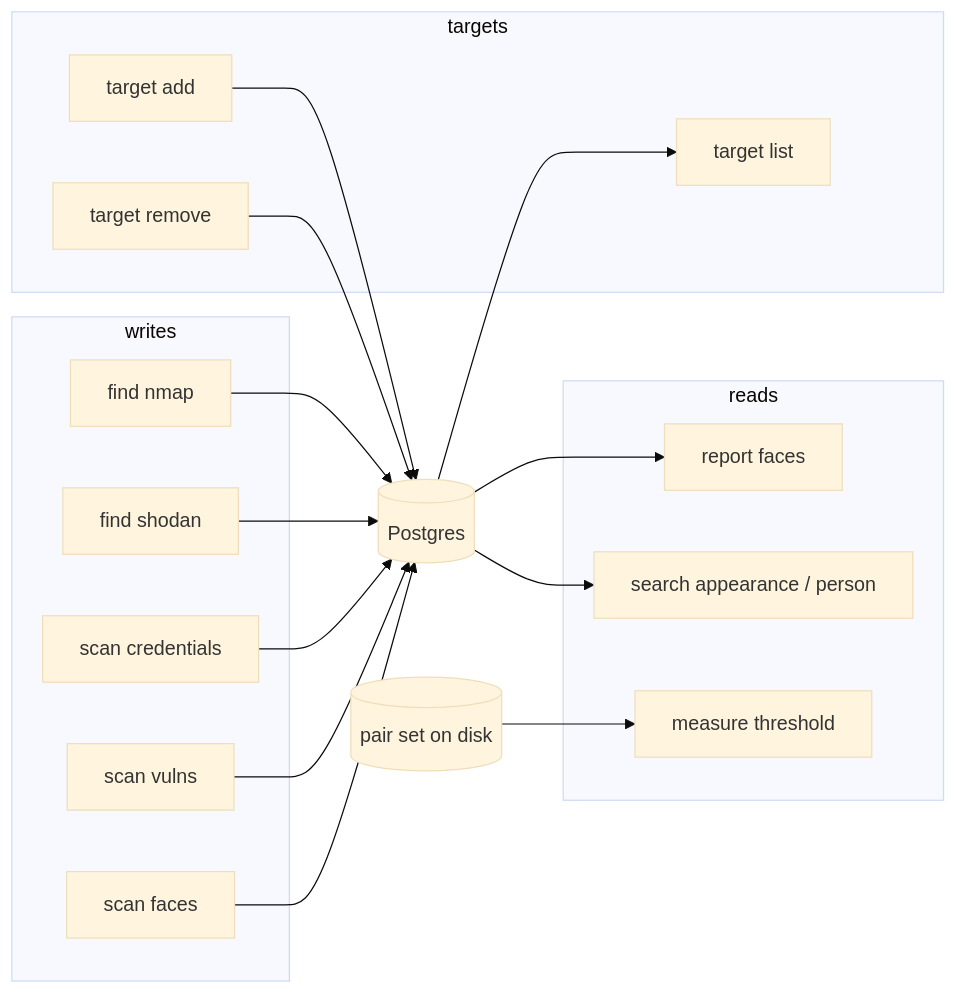
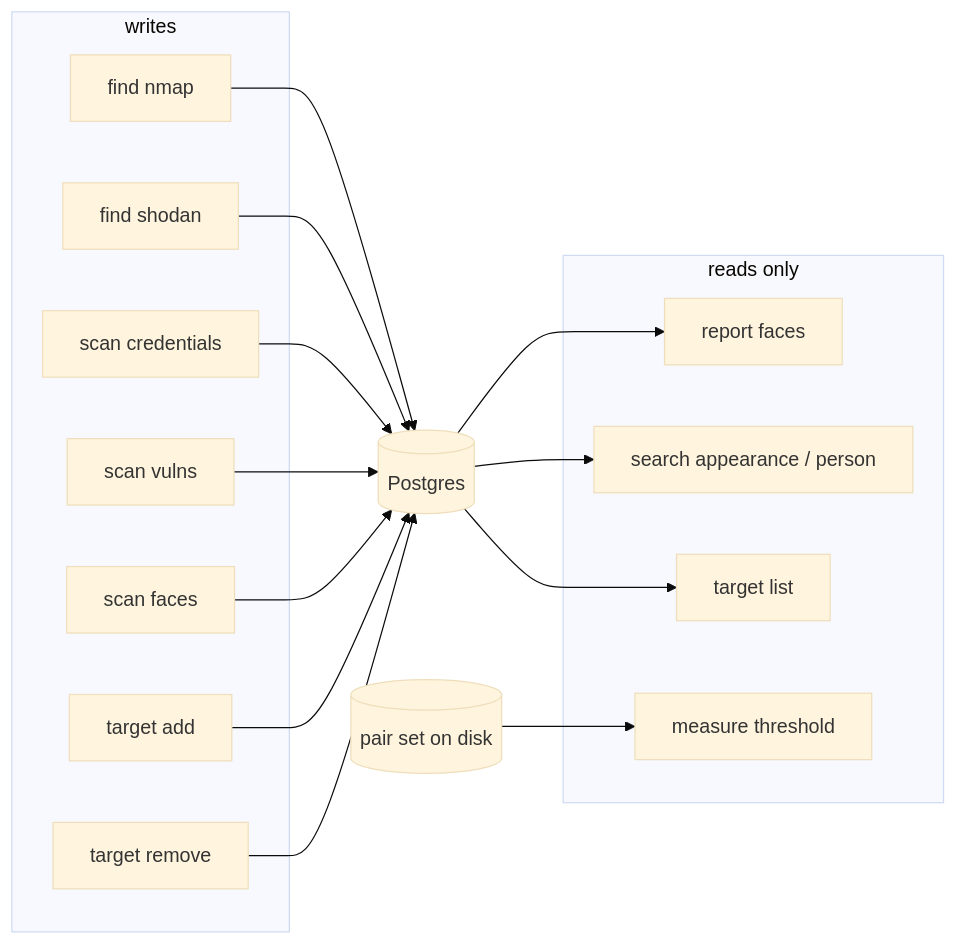
One commit to iklobato/shodan_rtsp changed the second of 4 diagrams in README.md. Above: the diagram before and after it, drawn with Mermaid (base theme). The commit also changed other lines of this file, not shown here.

````diff
--- a/README.md
+++ b/README.md
@@ -353,31 +271,29 @@
 ```mermaid
 flowchart LR
-    subgraph writes
-      N[find nmap]
-      S[find shodan]
-      C[scan credentials]
-      V[scan vulns]
-      F[scan faces]
+    subgraph writes["writes"]
+      N["find nmap"]
+      S["find shodan"]
+      C["scan credentials"]
+      V["scan vulns"]
+      F["scan faces"]
+      A["target add"]
+      X["target remove"]
     end
-    subgraph reads
-      R[report faces]
-      Q[search appearance / person]
-      M[measure threshold]
+    subgraph reads["reads only"]
+      R["report faces"]
+      Q["search appearance / person"]
+      L["target list"]
+      M["measure threshold"]
     end
-    subgraph targets
-      A[target add]
-      L[target list]
-      X[target remove]
-    end
-    N --> DB[(Postgres)]
+    N --> DB[("Postgres")]
     S --> DB
     C --> DB
     V --> DB
     F --> DB
     A --> DB
     X --> DB
     DB --> R
     DB --> Q
     DB --> L
-    P[(pair set on disk)] --> M
+    P[("pair set on disk")] --> M
 ```
````
